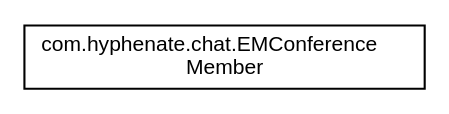
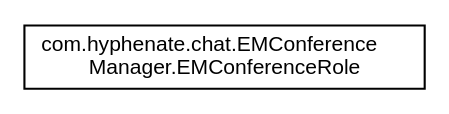
Before and after one commit to easemob/www.easemob.com: the diagram in static/apidoc/android/chat3.0/inherit_graph_32.dot, drawn with Graphviz. The commit also changed 345 other files, not shown here.

```diff
--- a/static/apidoc/android/chat3.0/inherit_graph_32.dot
+++ b/static/apidoc/android/chat3.0/inherit_graph_32.dot
@@ -1,7 +1,7 @@
 digraph "类继承关系图"
 {
   edge [fontname="Helvetica",fontsize="10",labelfontname="Helvetica",labelfontsize="10"];
   node [fontname="Helvetica",fontsize="10",shape=record];
   rankdir="LR";
-  Node1 [label="com.hyphenate.chat.EMConference\lMember",height=0.2,width=0.4,color="black", fillcolor="white", style="filled",URL="$classcom_1_1hyphenate_1_1chat_1_1EMConferenceMember.html"];
+  Node1 [label="com.hyphenate.chat.EMConference\lManager.EMConferenceRole",height=0.2,width=0.4,color="black", fillcolor="white", style="filled",URL="$enumcom_1_1hyphenate_1_1chat_1_1EMConferenceManager_1_1EMConferenceRole.html"];
 }
```
